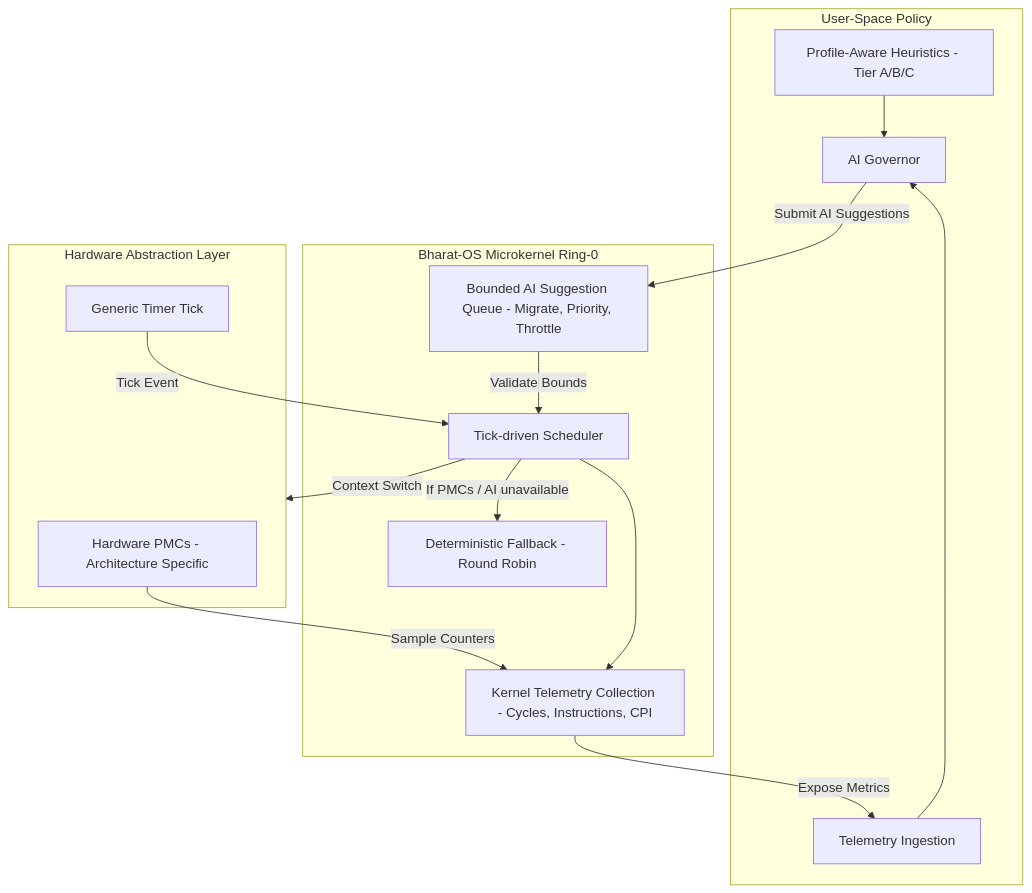
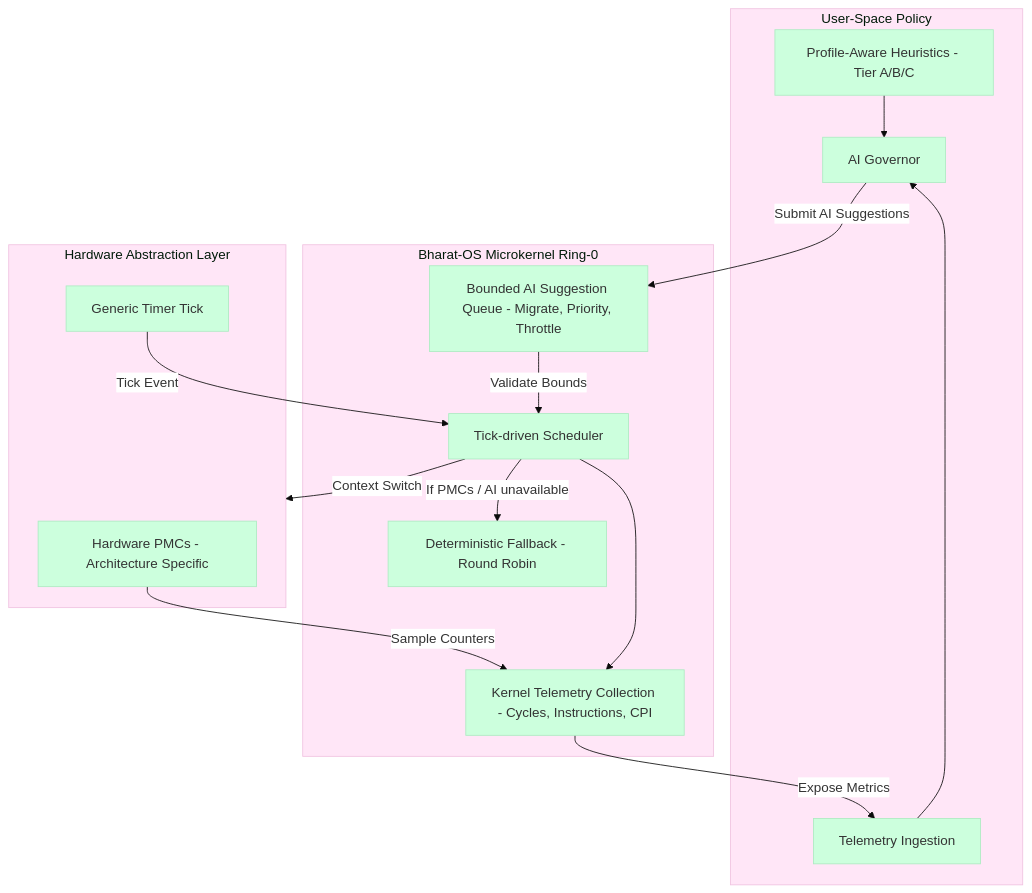
Before and after one commit to CloudCarpentry/Bharat-OS: the seventh of 7 diagrams in README.md, drawn with Mermaid. The commit also changed other lines of this file and 3 other files, not shown here.

First line of the commit message:
docs: update README, ADRs, and architecture docs for structured panics and FBUI

````diff
--- a/README.md
+++ b/README.md
@@ -371,35 +381,36 @@
 ```mermaid
+%%{init: {'theme': 'base', 'themeVariables': { 'primaryColor': '#ccffdd', 'edgeLabelBackground':'#ffffff'}}}%%
 graph TD
     subgraph UserSpace [User-Space Policy]
         AIGov[AI Governor]
         SystemProfile[Profile-Aware Heuristics - Tier A/B/C]
         TelemetryCollection[Telemetry Ingestion]
     end
 
     subgraph Microkernel [Bharat-OS Microkernel Ring-0]
         Sched[Tick-driven Scheduler]
         Telemetry[Kernel Telemetry Collection - Cycles, Instructions, CPI]
         AIHooks[Bounded AI Suggestion Queue - Migrate, Priority, Throttle]
         Fallback[Deterministic Fallback - Round Robin]
     end
 
     subgraph Hardware [Hardware Abstraction Layer]
         PMCs[Hardware PMCs - Architecture Specific]
         Timer[Generic Timer Tick]
     end
 
     Timer -->|Tick Event| Sched
     PMCs -->|Sample Counters| Telemetry
 
     Sched --> Telemetry
     Telemetry -->|Expose Metrics| TelemetryCollection
 
     SystemProfile --> AIGov
     TelemetryCollection --> AIGov
 
     AIGov -->|Submit AI Suggestions| AIHooks
     AIHooks -->|Validate Bounds| Sched
 
     Sched -->|If PMCs / AI unavailable| Fallback
     Sched -->|Context Switch| Hardware
 ```
````
